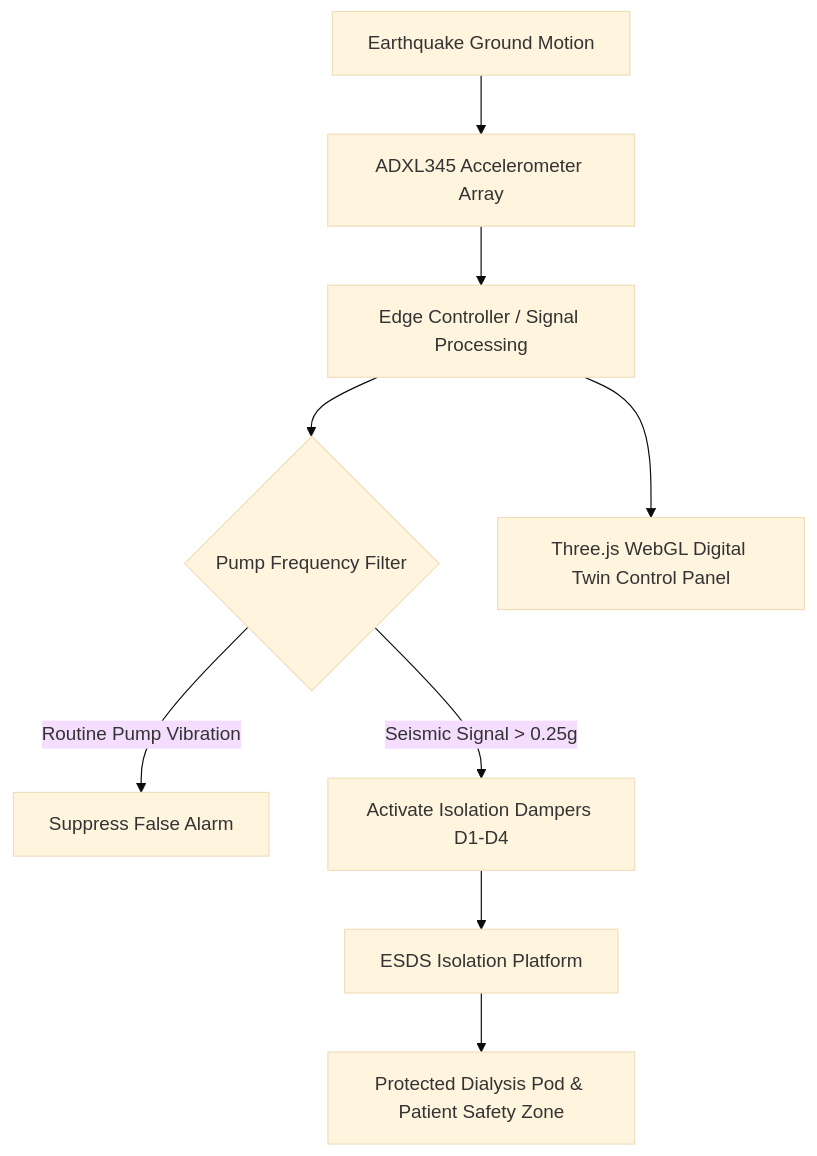
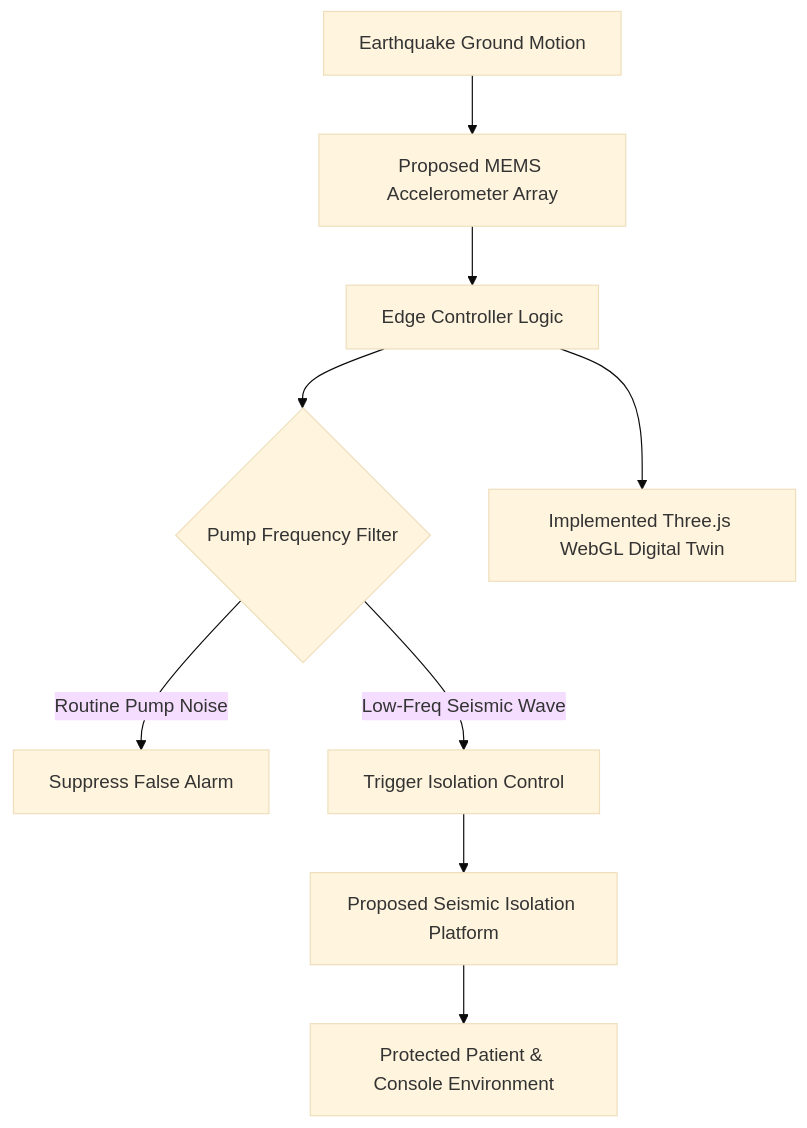
The first of 2 diagrams in README.md (s-angad/earthquake_stablizer), drawn with Mermaid (base theme) before and after one commit. The commit also changed other lines of this file, not shown here.

````diff
--- a/README.md
+++ b/README.md
@@ -90,11 +108,11 @@
 ```mermaid
 flowchart TD
-    EQ[Earthquake Ground Motion] --> SENS[ADXL345 Accelerometer Array]
-    SENS --> EDGE[Edge Controller / Signal Processing]
+    EQ[Earthquake Ground Motion] --> SENS[Proposed MEMS Accelerometer Array]
+    SENS --> EDGE[Edge Controller Logic]
     EDGE --> FILTER{Pump Frequency Filter}
-    FILTER -- Routine Pump Vibration --> IGNORE[Suppress False Alarm]
-    FILTER -- Seismic Signal > 0.25g --> ACTUATE[Activate Isolation Dampers D1-D4]
-    ACTUATE --> PLATFORM[ESDS Isolation Platform]
-    PLATFORM --> POD[Protected Dialysis Pod & Patient Safety Zone]
-    EDGE --> DT[Three.js WebGL Digital Twin Control Panel]
+    FILTER -- Routine Pump Noise --> IGNORE[Suppress False Alarm]
+    FILTER -- Low-Freq Seismic Wave --> ACTUATE[Trigger Isolation Control]
+    ACTUATE --> PLATFORM[Proposed Seismic Isolation Platform]
+    PLATFORM --> POD[Protected Patient & Console Environment]
+    EDGE --> DT[Implemented Three.js WebGL Digital Twin]
 ```
````
